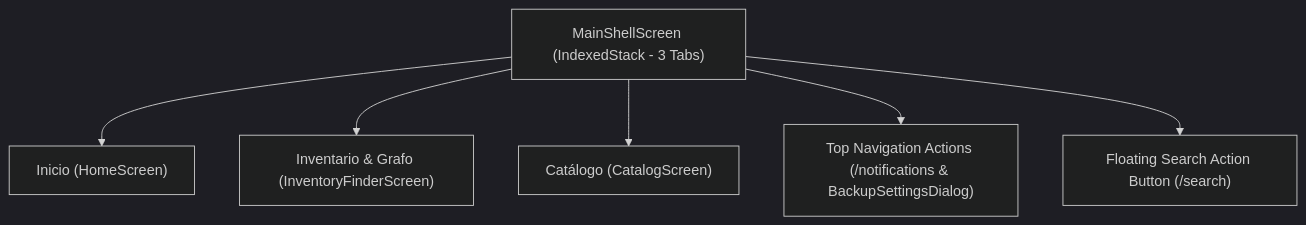
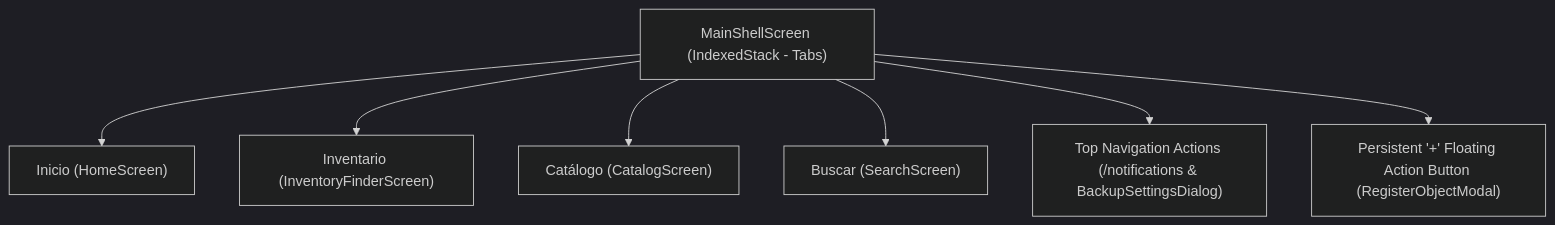
Before and after one commit to HakkinDavid/PWMS: the diagram in docs/navigation_and_ui.md, drawn with Mermaid (dark theme). The commit also changed 5 other files, not shown here.

````diff
--- a/docs/navigation_and_ui.md
+++ b/docs/navigation_and_ui.md
@@ -20,11 +20,12 @@
 ```mermaid
 graph TD
-    Shell["MainShellScreen (IndexedStack - 3 Tabs)"]
+    Shell["MainShellScreen (IndexedStack - Tabs)"]
     
     Shell --> Tab1["Inicio (HomeScreen)"]
-    Shell --> Tab2["Inventario & Grafo (InventoryFinderScreen)"]
+    Shell --> Tab2["Inventario (InventoryFinderScreen)"]
     Shell --> Tab3["Catálogo (CatalogScreen)"]
+    Shell --> Tab4["Buscar (SearchScreen)"]
     
     Shell --> TopBar["Top Navigation Actions (/notifications & BackupSettingsDialog)"]
-    Shell --> FAB["Floating Search Action Button (/search)"]
+    Shell --> FAB["Persistent '+' Floating Action Button (RegisterObjectModal)"]
 ```
````
